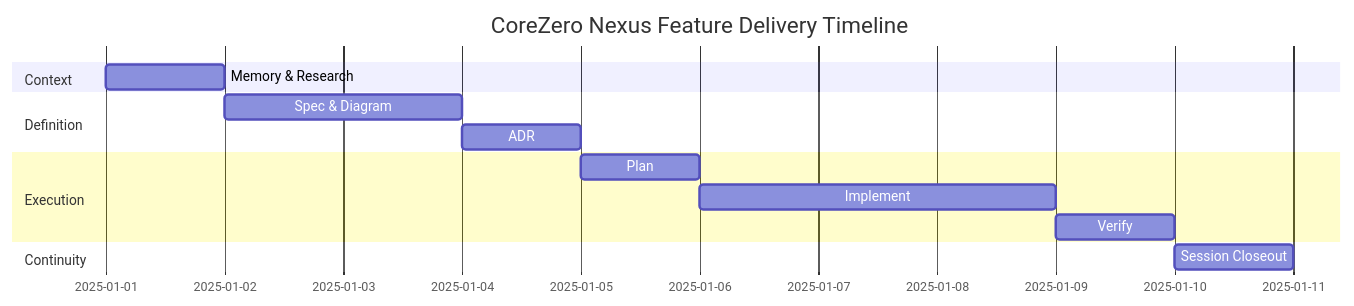
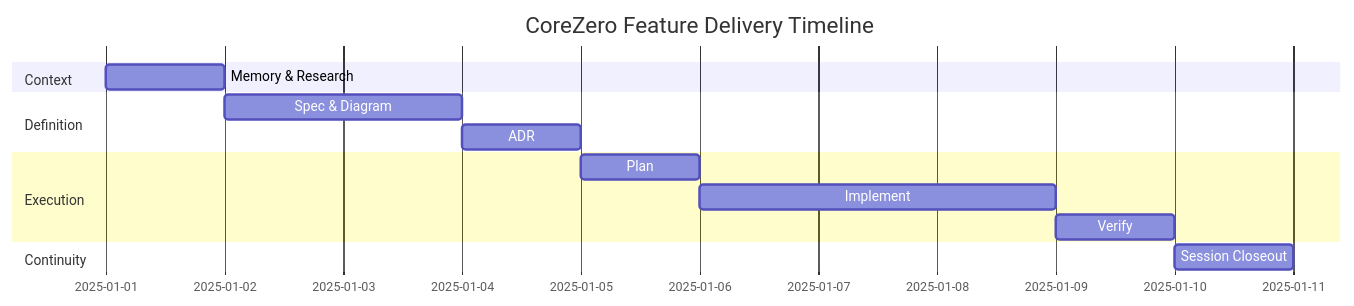
The ninth of 12 diagrams in kit/skills/utilities/visualize/references/formats-multi.md (thaihai-swe/CoreZero-Nexus), drawn with Mermaid before and after one commit. The commit also changed other lines of this file and 95 other files, not shown here.

First line of the commit message:
Refactor documentation and scripts for CoreZero

````diff
--- a/kit/skills/utilities/visualize/references/formats-multi.md
+++ b/kit/skills/utilities/visualize/references/formats-multi.md
@@ -262,16 +262,16 @@
 ```mermaid
 gantt
-    title CoreZero Nexus Feature Delivery Timeline
+    title CoreZero Feature Delivery Timeline
     dateFormat YYYY-MM-DD
     section Context
     Memory & Research     :a1, 2025-01-01, 1d
     section Definition
     Spec & Diagram        :a2, after a1, 2d
     ADR                   :a3, after a2, 1d
     section Execution
     Plan                  :a4, after a3, 1d
     Implement             :a5, after a4, 3d
     Verify                :a6, after a5, 1d
     section Continuity
     Session Closeout      :a7, after a6, 1d
 ```
````
